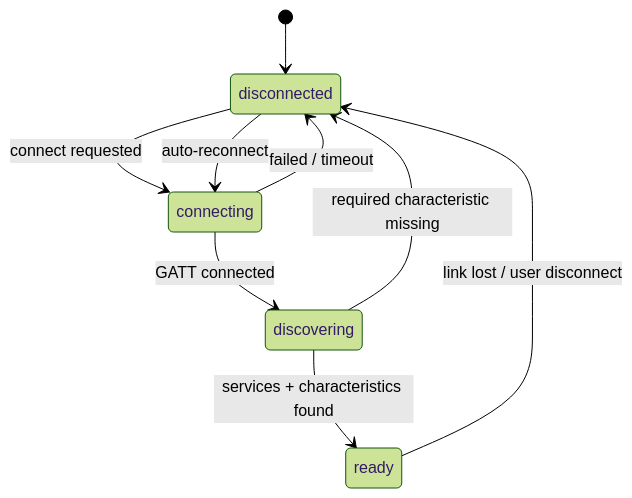
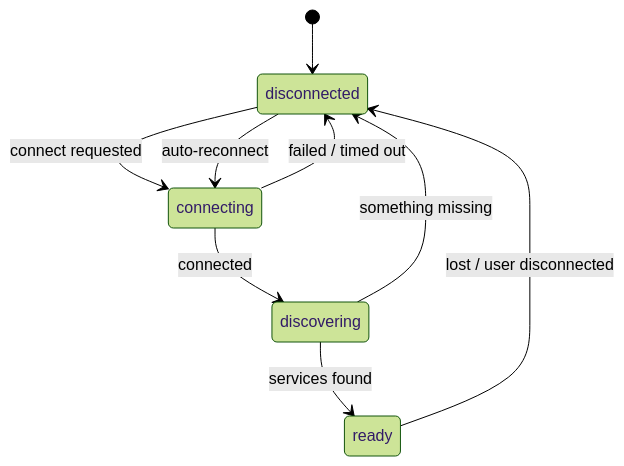
One commit to Dyastinn/mobile-threadmill-plan changed the second of 2 diagrams in phases/phase-02-connection-hardening/README.md. Above: the diagram before and after it, drawn with Mermaid (forest theme). The commit also changed other lines of this file and 26 other files, not shown here.

````diff
--- a/phases/phase-02-connection-hardening/README.md
+++ b/phases/phase-02-connection-hardening/README.md
@@ -473,11 +341,11 @@
 ```mermaid
 stateDiagram-v2
     [*] --> disconnected
     disconnected --> connecting: connect requested
-    connecting --> discovering: GATT connected
-    connecting --> disconnected: failed / timeout
-    discovering --> ready: services + characteristics found
-    discovering --> disconnected: required characteristic missing
-    ready --> disconnected: link lost / user disconnect
+    connecting --> discovering: connected
+    connecting --> disconnected: failed / timed out
+    discovering --> ready: services found
+    discovering --> disconnected: something missing
+    ready --> disconnected: lost / user disconnected
     disconnected --> connecting: auto-reconnect
 ```
````
